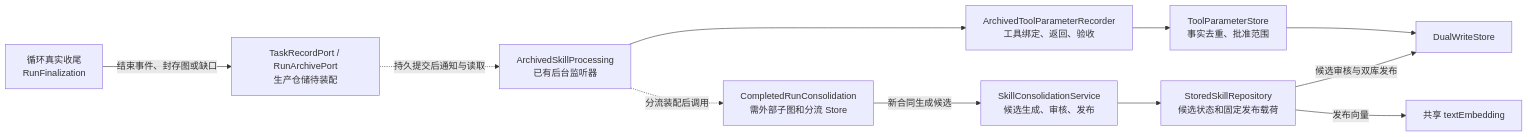
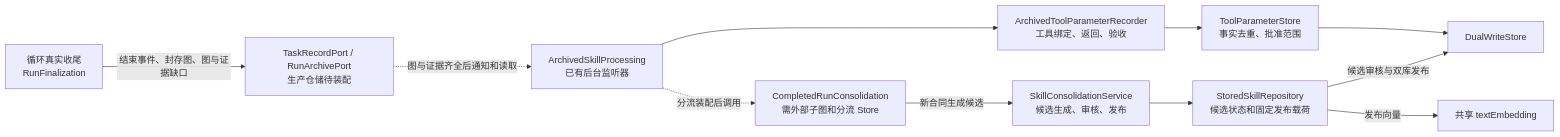
The ninth of 9 diagrams in docs/completed/已实现架构图.md (lingdehui/myhelper), drawn with Mermaid before and after one commit. The commit also changed other lines of this file and 28 other files, not shown here.

````diff
--- a/docs/completed/已实现架构图.md
+++ b/docs/completed/已实现架构图.md
@@ -312,23 +312,23 @@
 ```mermaid
 flowchart LR
     R["循环真实收尾<br/>RunFinalization"]
     P["TaskRecordPort / RunArchivePort<br/>生产仓储待装配"]
     L["ArchivedSkillProcessing<br/>已有后台监听器"]
     S["ArchivedToolParameterRecorder<br/>工具绑定、返回、验收"]
     T["ToolParameterStore<br/>事实去重、批准范围"]
     C["CompletedRunConsolidation<br/>需外部子图和分流 Store"]
     U["SkillConsolidationService<br/>候选生成、审核、发布"]
     B["StoredSkillRepository<br/>候选状态和固定发布载荷"]
     E["共享 textEmbedding"]
     D["DualWriteStore"]
-    R -->|结束事件、封存图或缺口| P
-    P -. 持久提交后通知与读取 .-> L
+    R -->|结束事件、封存图、图与证据缺口| P
+    P -. 图与证据齐全后通知和读取 .-> L
     L --> S
     S --> T
     T --> D
     L -. 分流装配后调用 .-> C
     C -->|新合同生成候选| U
     U --> B
     B -->|发布向量| E
     B -->|候选审核与双库发布| D
 ```
````
